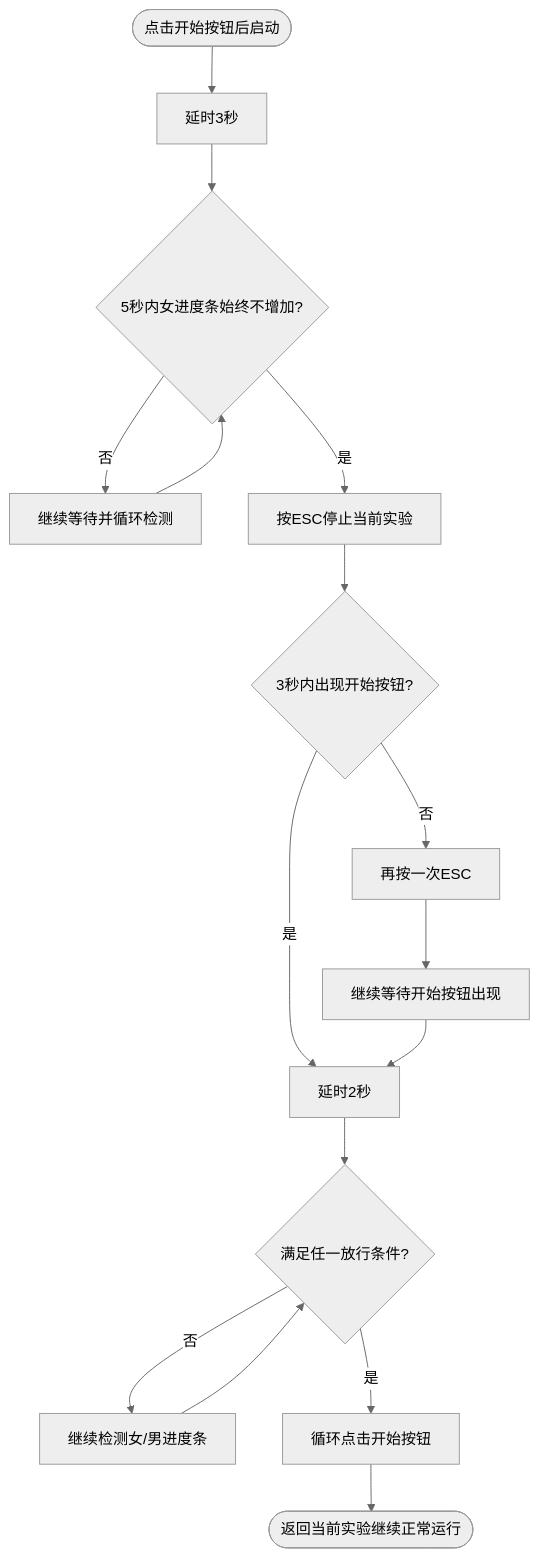
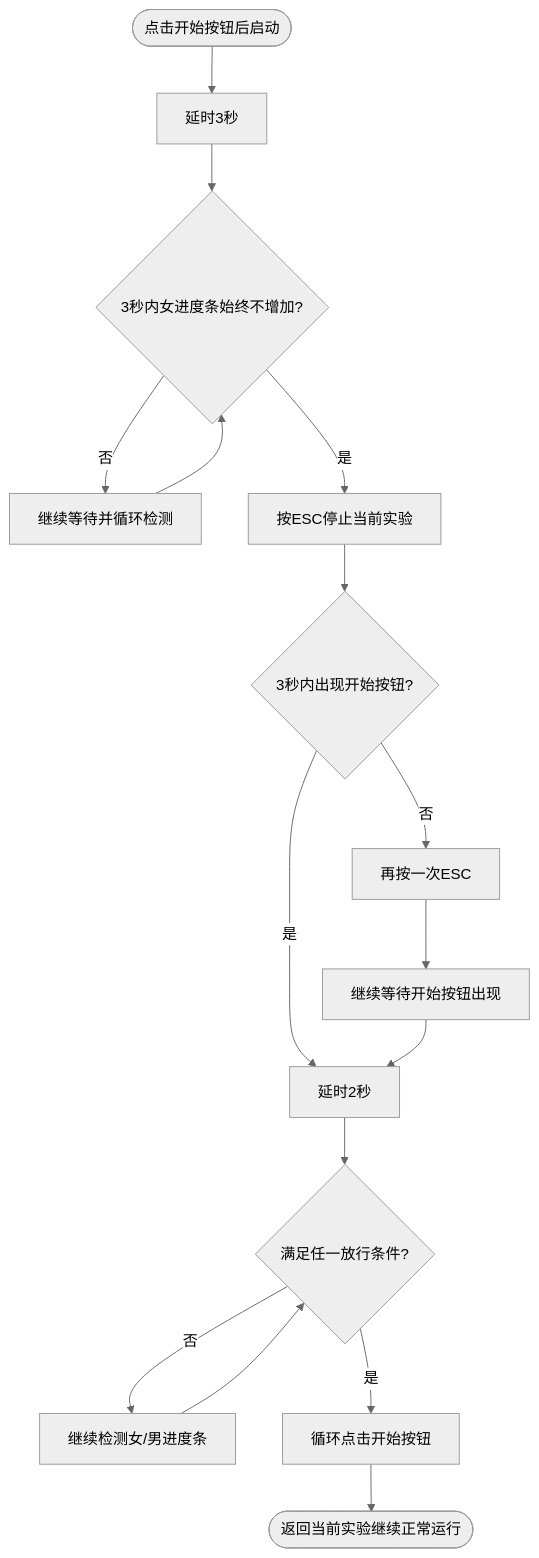
Before and after one commit to gmy771810930/autoFDX: the second of 3 diagrams in 详细流程逻辑.md, drawn with Mermaid (neutral theme). The commit also changed other lines of this file and 9 other files, not shown here.

````diff
--- a/详细流程逻辑.md
+++ b/详细流程逻辑.md
@@ -238,19 +238,19 @@
 ```mermaid
 flowchart TD
     A1([点击开始按钮后启动]);
     A1 --> A2[延时3秒];
-    A2 --> A3{5秒内女进度条始终不增加?};
+    A2 --> A3{3秒内女进度条始终不增加?};
     A3 -- 否 --> A4[继续等待并循环检测];
     A4 --> A3;
     A3 -- 是 --> A5[按ESC停止当前实验];
     A5 --> A6{3秒内出现开始按钮?};
     A6 -- 否 --> A61[再按一次ESC];
     A61 --> A62[继续等待开始按钮出现];
     A6 -- 是 --> A7[延时2秒];
     A62 --> A7;
     A7 --> A8{满足任一放行条件?};
     A8 -- 否 --> A81[继续检测女/男进度条];
     A81 --> A8;
     A8 -- 是 --> A9[循环点击开始按钮];
     A9 --> A10([返回当前实验继续正常运行]);
 ```
````
